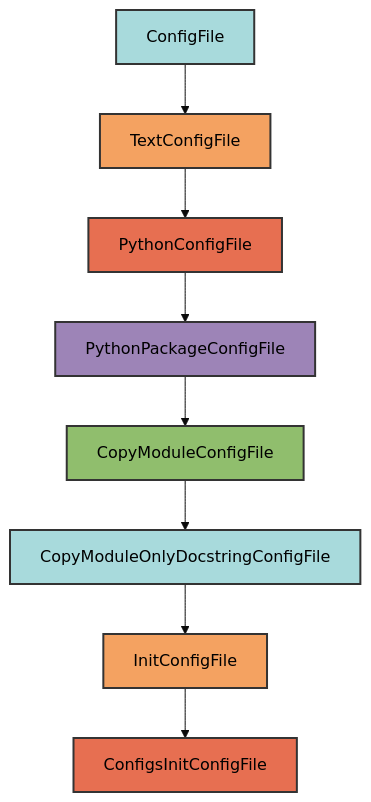
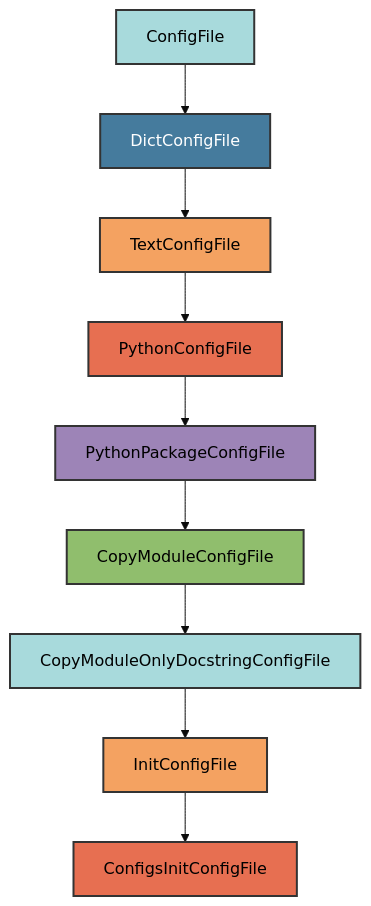
Before and after one commit to Winipedia/pyrig: the diagram in docs/configs/configs_init.md, drawn with Mermaid (base theme). The commit also changed other lines of this file and 21 other files, not shown here.

````diff
--- a/docs/configs/configs_init.md
+++ b/docs/configs/configs_init.md
@@ -16,19 +16,21 @@
 ```mermaid
 graph TD
-    A[ConfigFile] --> B[TextConfigFile]
-    B --> C[PythonConfigFile]
-    C --> D[PythonPackageConfigFile]
-    D --> E[CopyModuleConfigFile]
-    E --> F[CopyModuleOnlyDocstringConfigFile]
-    F --> G[InitConfigFile]
-    G --> H[ConfigsInitConfigFile]
+    A[ConfigFile] --> B[DictConfigFile]
+    B --> C[TextConfigFile]
+    C --> D[PythonConfigFile]
+    D --> E[PythonPackageConfigFile]
+    E --> F[CopyModuleConfigFile]
+    F --> G[CopyModuleOnlyDocstringConfigFile]
+    G --> H[InitConfigFile]
+    H --> I[ConfigsInitConfigFile]
 
     style A fill:#a8dadc,stroke:#333,stroke-width:2px,color:#000
-    style B fill:#f4a261,stroke:#333,stroke-width:2px,color:#000
-    style C fill:#e76f51,stroke:#333,stroke-width:2px,color:#000
-    style D fill:#9d84b7,stroke:#333,stroke-width:2px,color:#000
-    style E fill:#90be6d,stroke:#333,stroke-width:2px,color:#000
-    style F fill:#a8dadc,stroke:#333,stroke-width:2px,color:#000
-    style G fill:#f4a261,stroke:#333,stroke-width:2px,color:#000
-    style H fill:#e76f51,stroke:#333,stroke-width:2px,color:#000
+    style B fill:#457b9d,stroke:#333,stroke-width:2px,color:#fff
+    style C fill:#f4a261,stroke:#333,stroke-width:2px,color:#000
+    style D fill:#e76f51,stroke:#333,stroke-width:2px,color:#000
+    style E fill:#9d84b7,stroke:#333,stroke-width:2px,color:#000
+    style F fill:#90be6d,stroke:#333,stroke-width:2px,color:#000
+    style G fill:#a8dadc,stroke:#333,stroke-width:2px,color:#000
+    style H fill:#f4a261,stroke:#333,stroke-width:2px,color:#000
+    style I fill:#e76f51,stroke:#333,stroke-width:2px,color:#000
 ```
````
